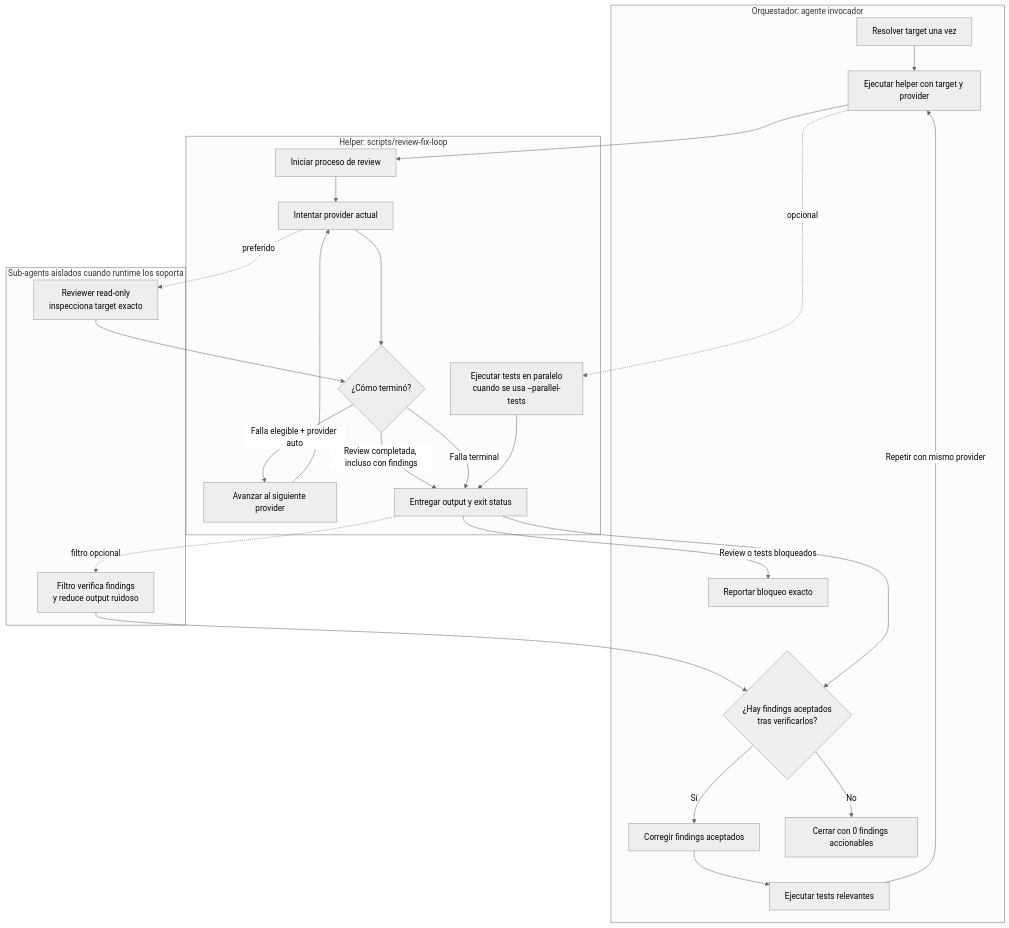
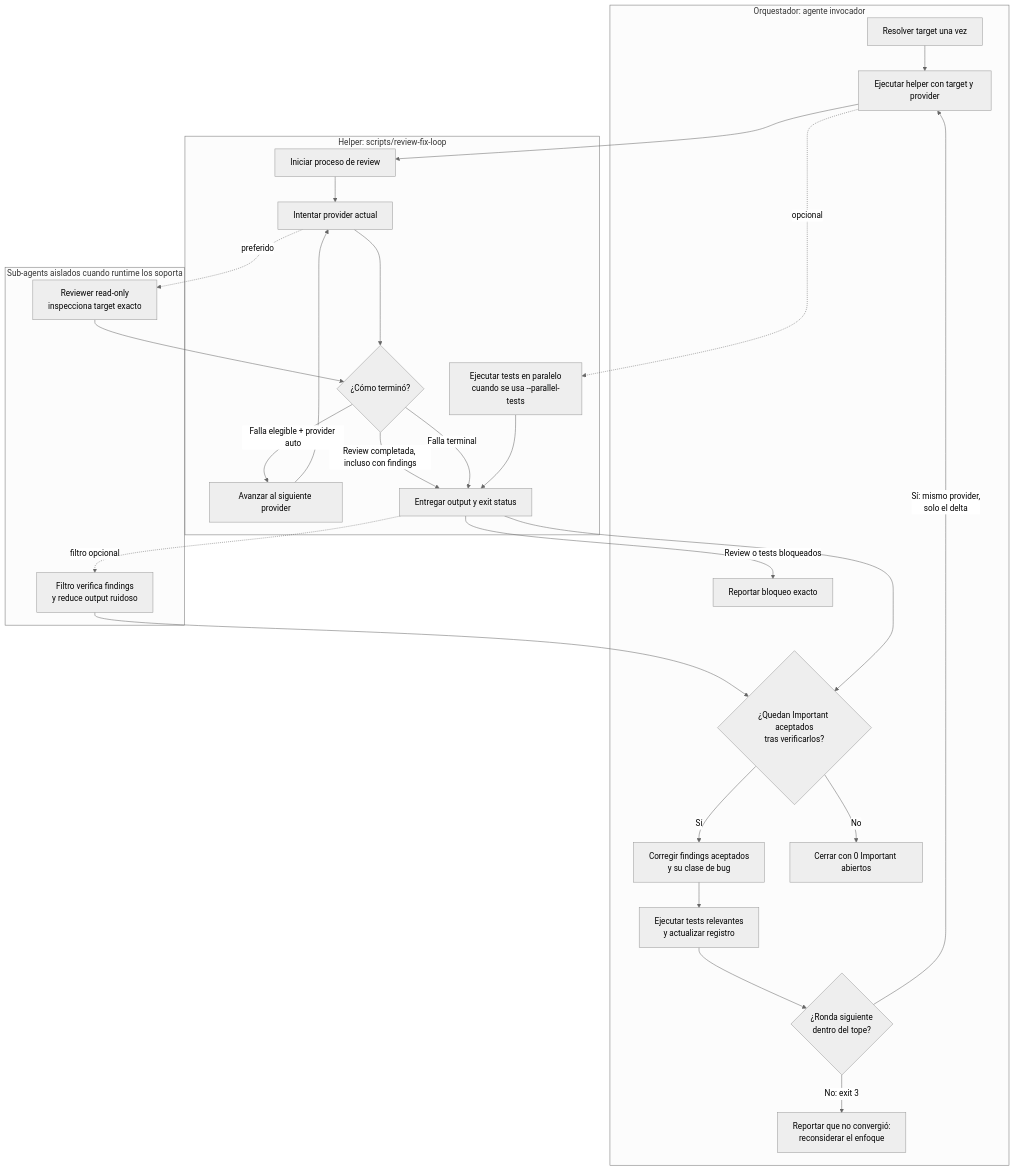
One commit to guidomodarelli/system-config changed the diagram in configs/.agents/skills/my-skills/(workflow)/(pr)/review-fix-loop/SKILL.md. Above: the diagram before and after it, drawn with Mermaid (neutral theme). The commit also changed other lines of this file and 11 other files, not shown here.

````diff
--- a/configs/.agents/skills/my-skills/(workflow)/(pr)/review-fix-loop/SKILL.md
+++ b/configs/.agents/skills/my-skills/(workflow)/(pr)/review-fix-loop/SKILL.md
@@ -37,47 +40,51 @@
 ```mermaid
 flowchart TD
     subgraph ORCHESTRATOR["Orquestador: agente invocador"]
         START["Resolver target una vez"]
         CALL["Ejecutar helper con target y provider"]
-        VERIFY{"¿Hay findings aceptados<br/>tras verificarlos?"}
-        FIX["Corregir findings aceptados"]
-        TEST["Ejecutar tests relevantes"]
-        CLEAN["Cerrar con 0 findings accionables"]
+        VERIFY{"¿Quedan Important aceptados<br/>tras verificarlos?"}
+        FIX["Corregir findings aceptados<br/>y su clase de bug"]
+        TEST["Ejecutar tests relevantes<br/>y actualizar registro"]
+        CAP{"¿Ronda siguiente<br/>dentro del tope?"}
+        CLEAN["Cerrar con 0 Important abiertos"]
         BLOCKED["Reportar bloqueo exacto"]
+        STALLED["Reportar que no convergió:<br/>reconsiderar el enfoque"]
     end
 
     subgraph HELPER["Helper: scripts/review-fix-loop"]
         REVIEW["Iniciar proceso de review"]
         PROVIDER["Intentar provider actual"]
         RESULT{"¿Cómo terminó?"}
         FALLBACK["Avanzar al siguiente provider"]
         OUTPUT["Entregar output y exit status"]
         PARALLEL["Ejecutar tests en paralelo<br/>cuando se usa --parallel-tests"]
     end
 
     subgraph SUBAGENTS["Sub-agents aislados cuando runtime los soporta"]
         REVIEWER["Reviewer read-only<br/>inspecciona target exacto"]
         FILTER["Filtro verifica findings<br/>y reduce output ruidoso"]
     end
 
     START --> CALL
     CALL --> REVIEW
     CALL -. "opcional" .-> PARALLEL
     REVIEW --> PROVIDER
     PROVIDER -. "preferido" .-> REVIEWER
     REVIEWER --> RESULT
     PROVIDER --> RESULT
     RESULT -->|"Falla elegible + provider auto"| FALLBACK
     FALLBACK --> PROVIDER
     RESULT -->|"Review completada, incluso con findings"| OUTPUT
     RESULT -->|"Falla terminal"| OUTPUT
     PARALLEL --> OUTPUT
     OUTPUT -. "filtro opcional" .-> FILTER
     FILTER --> VERIFY
     OUTPUT --> VERIFY
     VERIFY -->|"Sí"| FIX
     FIX --> TEST
-    TEST -->|"Repetir con mismo provider"| CALL
+    TEST --> CAP
+    CAP -->|"Sí: mismo provider,<br/>solo el delta"| CALL
+    CAP -->|"No: exit 3"| STALLED
     VERIFY -->|"No"| CLEAN
     OUTPUT -->|"Review o tests bloqueados"| BLOCKED
 ```
````
